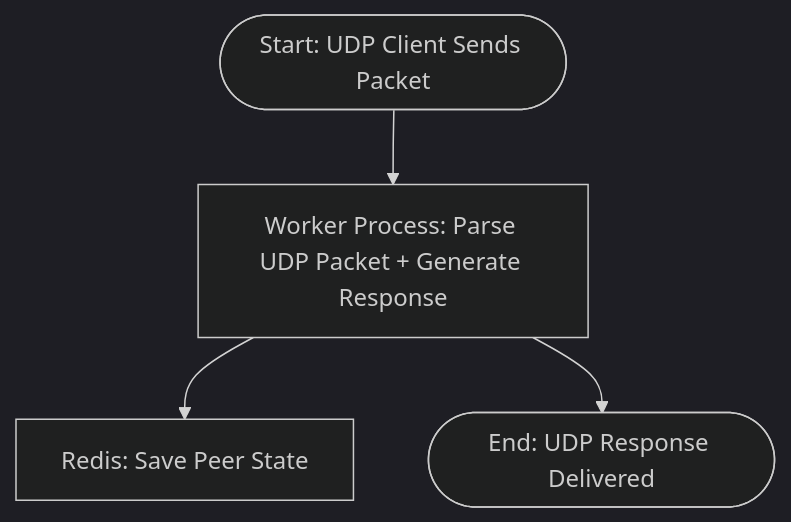
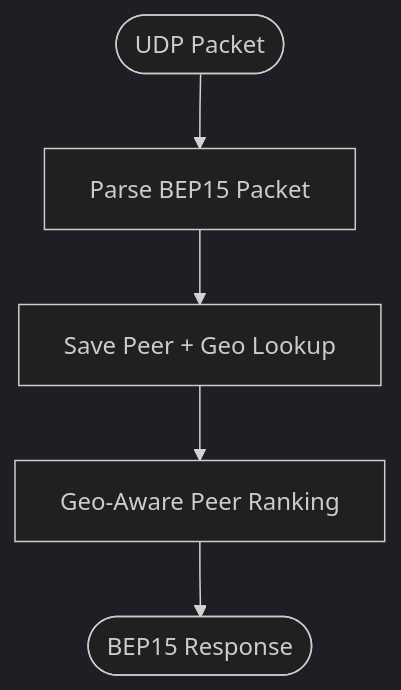
The seventh of 7 diagrams in tracker/docs/docs/architecture.md (coreproject-moe/coreproject), drawn with Mermaid (dark theme) before and after one commit. The commit also changed other lines of this file and 43 other files, not shown here.

````diff
--- a/tracker/docs/docs/architecture.md
+++ b/tracker/docs/docs/architecture.md
@@ -241,12 +331,10 @@
 ```mermaid
 flowchart TD
-    UDPStart([Start: UDP Client Sends Packet])
-    UDPWorker[Worker Process: Parse UDP Packet + Generate Response]
-    UDPRedisState[Redis: Save Peer State]
-    UDPEnd([End: UDP Response Delivered])
-
-    UDPStart --> UDPWorker
-    UDPWorker --> UDPRedisState
-    UDPWorker --> UDPEnd
-
+    UDPStart([UDP Packet])
+    UDPWorker[Parse BEP15 Packet]
+    UDPRedis[Save Peer + Geo Lookup]
+    UDRank[Geo-Aware Peer Ranking]
+    UDPEnd([BEP15 Response])
+    UDPStart --> UDPWorker --> UDPRedis
+    UDPRedis --> UDRank --> UDPEnd
 ```
````
